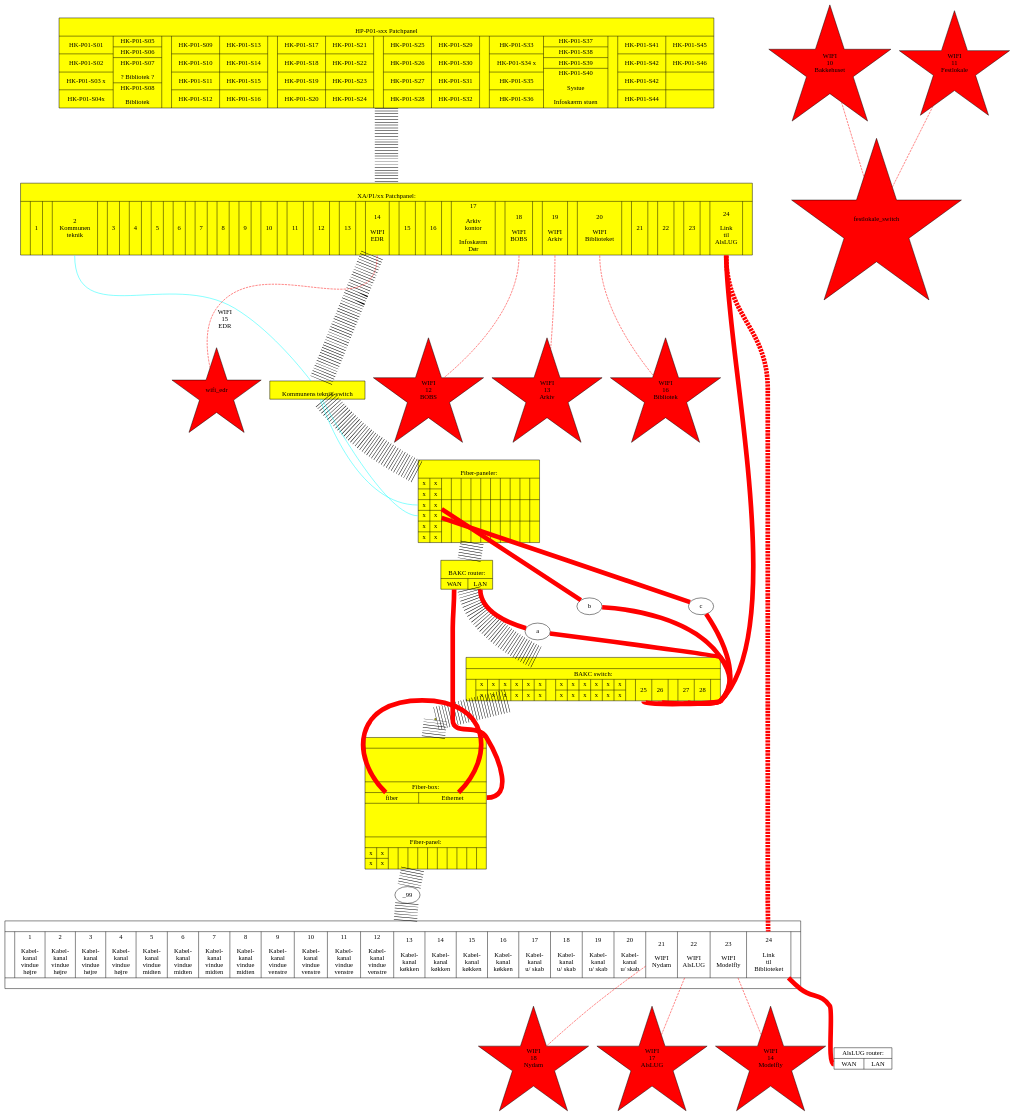
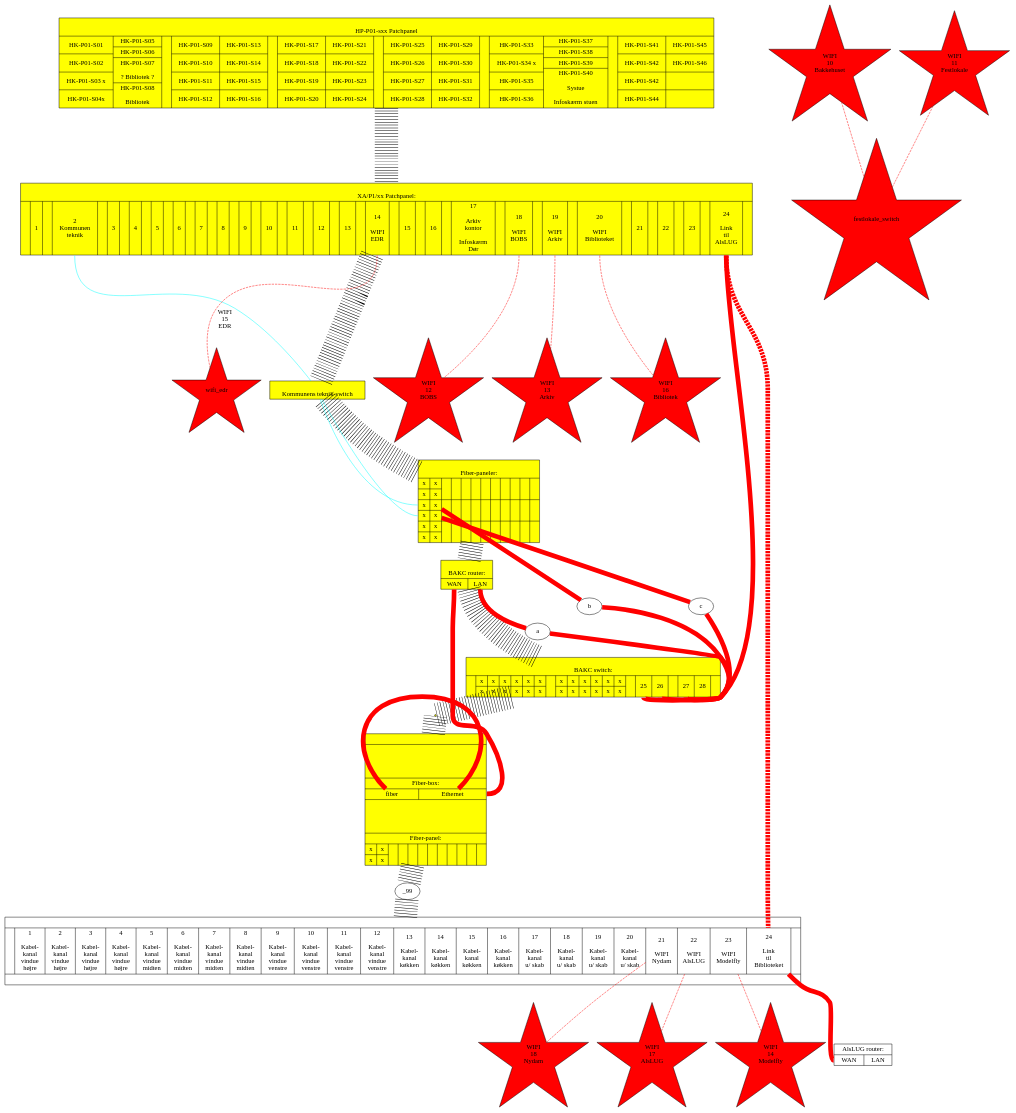
The diagram in projekter/patch-paneler.dot (alslug/alslug.dk), drawn with Graphviz before and after one commit.

```diff
--- a/projekter/patch-paneler.dot
+++ b/projekter/patch-paneler.dot
@@ -143,7 +143,7 @@
 					\nBAKC router:|
 					{<wan> WAN|<lan> LAN}
 				}" ];
-    bib_switch [ shape=record label="{\n|BAKC switch:|
+    bib_switch [ shape=record label="{\nBAKC switch:|
 					{
 						|{x|x}|{x|x}|{x|x}|{x|x}|{x|x}|{x|x}|
 						|{x|x}|{x|x}|{x|x}|{x|x}|{x|x}|{x|x}|
```
